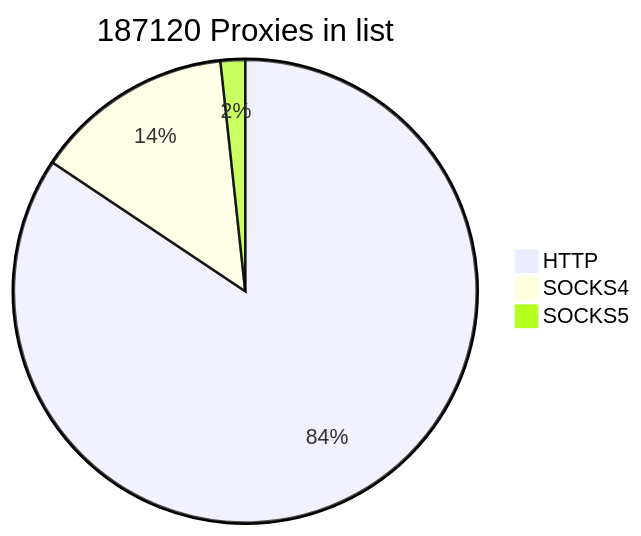
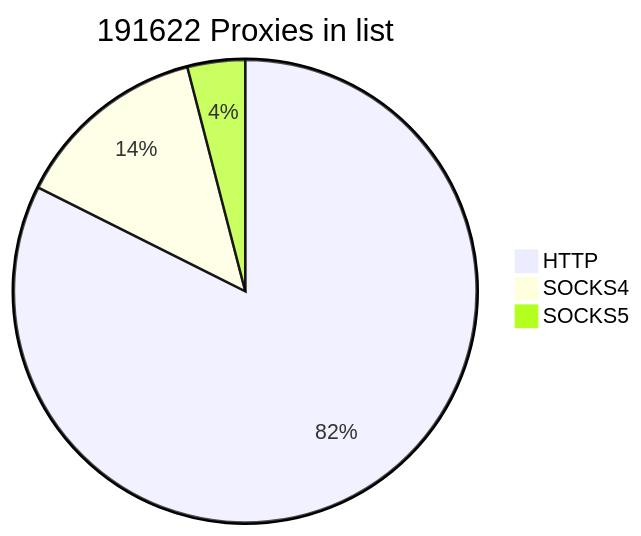
One commit to cutipu/proxylist changed the first of 2 diagrams in README.md. Above: the diagram before and after it, drawn with Mermaid. The commit also changed other lines of this file, not shown here.

````diff
--- a/README.md
+++ b/README.md
@@ -2,7 +2,7 @@
 ```mermaid
-pie title 187120 Proxies in list
+pie title 191622 Proxies in list
     "HTTP" : 157875
     "SOCKS4" : 26038
-    "SOCKS5" : 3207
+    "SOCKS5" : 7709
             
 ```
````
